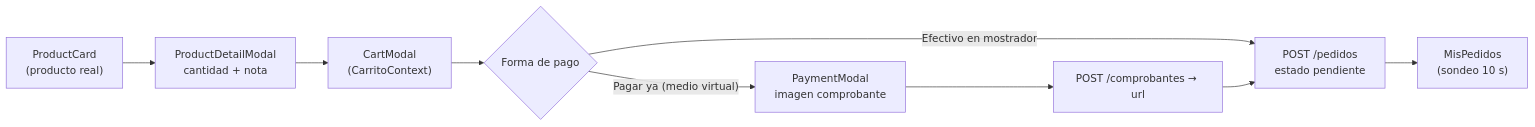
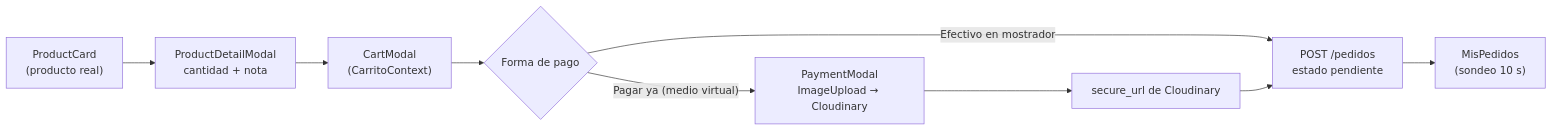
One commit to jjsch2008/Documentacion_Kaffa changed the second of 2 diagrams in 11-frontend.md. Above: the diagram before and after it, drawn with Mermaid. The commit also changed other lines of this file and 14 other files, not shown here.

````diff
--- a/11-frontend.md
+++ b/11-frontend.md
@@ -115,11 +115,11 @@
 ```mermaid
 flowchart LR
     A["ProductCard<br/>(producto real)"] --> B["ProductDetailModal<br/>cantidad + nota"]
     B --> C["CartModal<br/>(CarritoContext)"]
     C --> D{"Forma de pago"}
     D -->|"Efectivo en mostrador"| E["POST /pedidos<br/>estado pendiente"]
-    D -->|"Pagar ya (medio virtual)"| F["PaymentModal<br/>imagen comprobante"]
-    F --> G["POST /comprobantes → url"]
+    D -->|"Pagar ya (medio virtual)"| F["PaymentModal<br/>ImageUpload → Cloudinary"]
+    F --> G["secure_url de Cloudinary"]
     G --> E
     E --> H["MisPedidos<br/>(sondeo 10 s)"]
 ```
````
